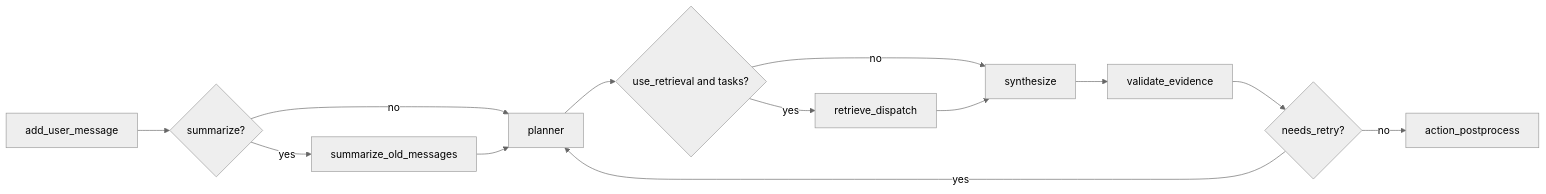
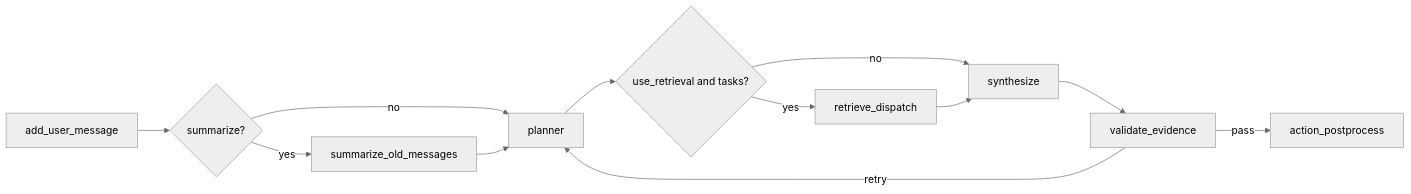
The diagram in README.md (qpwpep/documate-personal), drawn with Mermaid (neutral theme) before and after one commit. The commit also changed other lines of this file, not shown here.

Commit message:
docs: refresh README for current architecture and source tree

````diff
--- a/README.md
+++ b/README.md
@@ -50,15 +28,14 @@
 ```mermaid
 flowchart LR
     A["add_user_message"] --> B{"summarize?"}
     B -- yes --> C["summarize_old_messages"]
     B -- no --> D["planner"]
     C --> D
     D --> E{"use_retrieval and tasks?"}
     E -- yes --> F["retrieve_dispatch"]
     E -- no --> G["synthesize"]
     F --> G
     G --> H["validate_evidence"]
-    H --> I{"needs_retry?"}
-    I -- yes --> D
-    I -- no --> J["action_postprocess"]
+    H -- retry --> D
+    H -- pass --> I["action_postprocess"]
 ```
````
